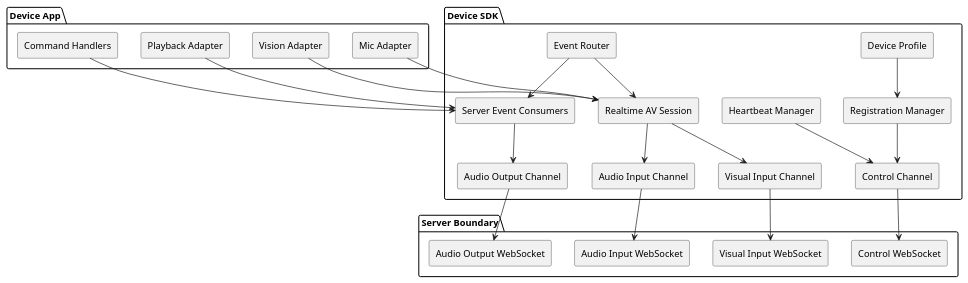
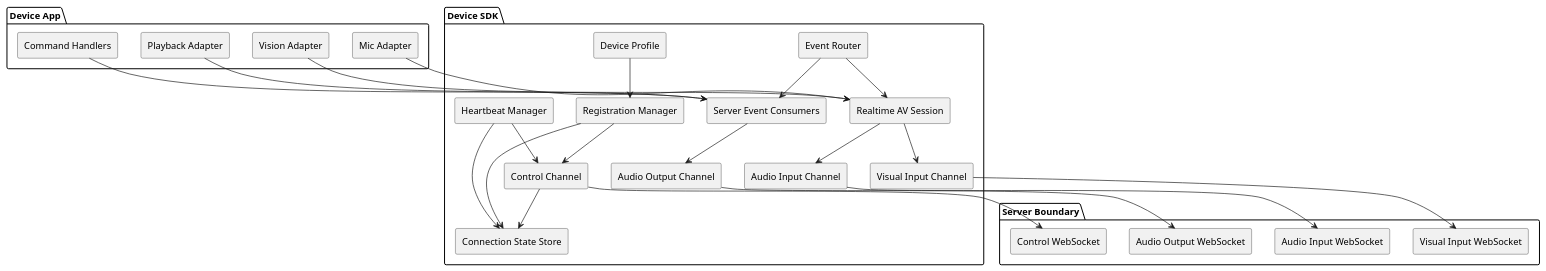
One commit to HengeLiu/RealtimeAgent changed the first of 6 diagrams in devices/docs/device-sdk-event-blueprint.md. Above: the diagram before and after it, drawn with PlantUML. The commit also changed other lines of this file and 11 other files, not shown here.

````diff
--- a/devices/docs/device-sdk-event-blueprint.md
+++ b/devices/docs/device-sdk-event-blueprint.md
@@ -15,51 +15,55 @@
 ```plantuml
 @startuml
 skinparam componentStyle rectangle
 
 package "Device App" {
   [Mic Adapter]
   [Vision Adapter]
   [Playback Adapter]
   [Command Handlers]
 }
 
 package "Device SDK" {
   [Device Profile]
   [Control Channel]
   [Audio Input Channel]
   [Audio Output Channel]
   [Visual Input Channel]
   [Event Router]
   [Registration Manager]
+  [Connection State Store]
   [Realtime AV Session]
   [Server Event Consumers]
   [Heartbeat Manager]
 }
 
 package "Server Boundary" {
   [Control WebSocket]
   [Audio Input WebSocket]
   [Audio Output WebSocket]
   [Visual Input WebSocket]
 }
 
 [Mic Adapter] --> [Realtime AV Session]
 [Vision Adapter] --> [Realtime AV Session]
 [Playback Adapter] --> [Server Event Consumers]
 [Command Handlers] --> [Server Event Consumers]
 
 [Device Profile] --> [Registration Manager]
+[Registration Manager] --> [Connection State Store]
 [Registration Manager] --> [Control Channel]
 [Heartbeat Manager] --> [Control Channel]
+[Heartbeat Manager] --> [Connection State Store]
+[Control Channel] --> [Connection State Store]
 [Event Router] --> [Realtime AV Session]
 [Event Router] --> [Server Event Consumers]
 [Realtime AV Session] --> [Audio Input Channel]
 [Realtime AV Session] --> [Visual Input Channel]
 [Server Event Consumers] --> [Audio Output Channel]
 
 [Control Channel] --> [Control WebSocket]
 [Audio Input Channel] --> [Audio Input WebSocket]
 [Audio Output Channel] --> [Audio Output WebSocket]
 [Visual Input Channel] --> [Visual Input WebSocket]
 @enduml
 ```
````
